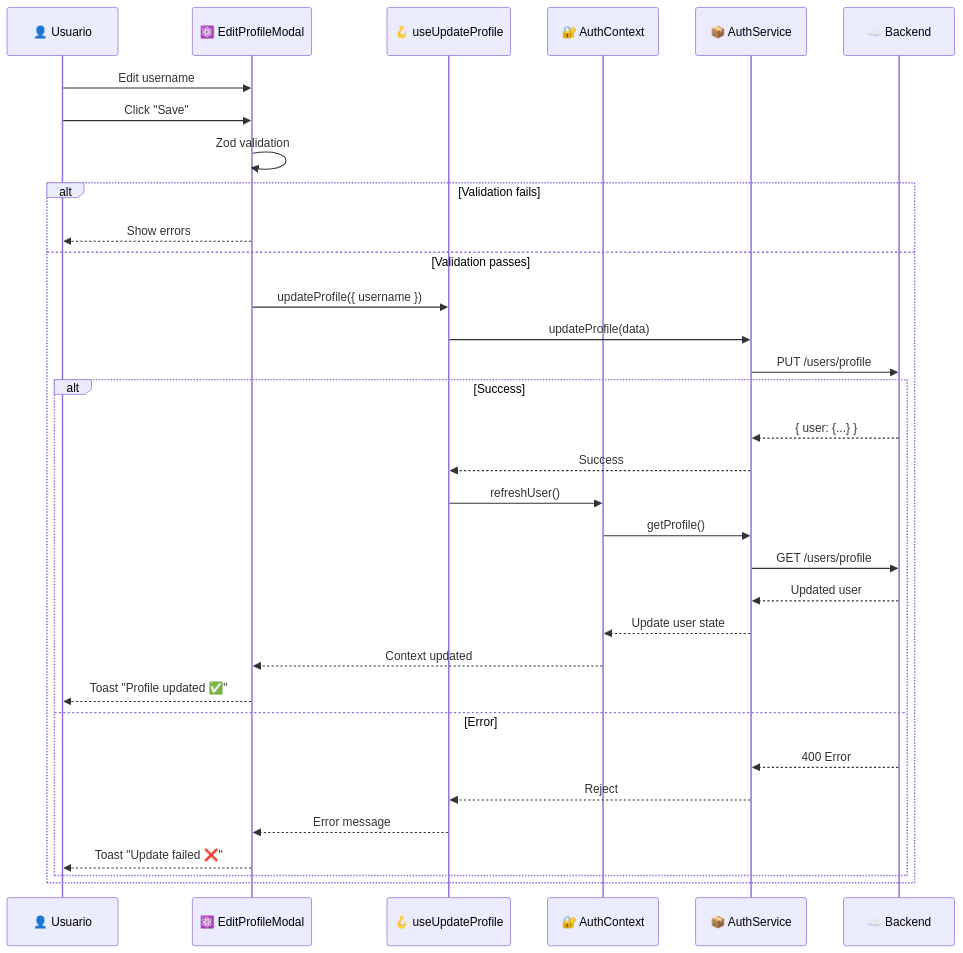
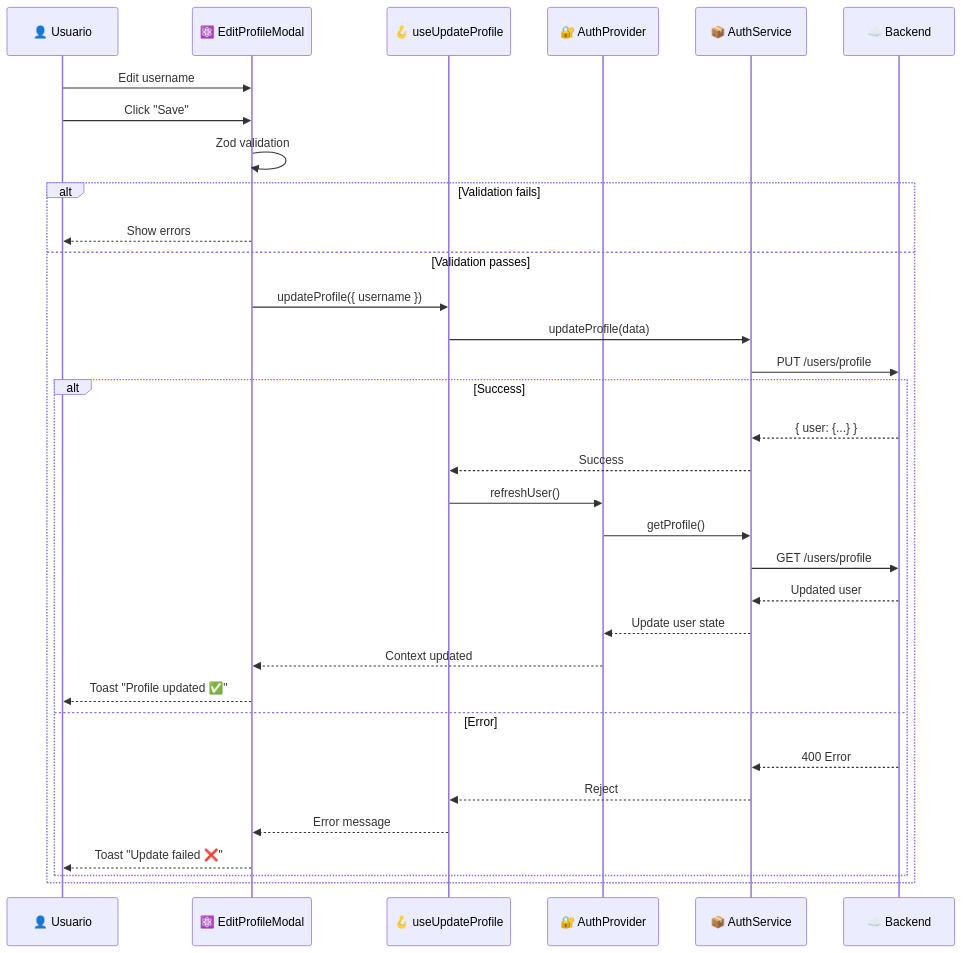
Before and after one commit to 3FactorLab/game_manager_front: diagram 15 of 15 in docs/architecture-front.md, drawn with Mermaid. The commit also changed other lines of this file and 31 other files, not shown here.

````diff
--- a/docs/architecture-front.md
+++ b/docs/architecture-front.md
@@ -805,38 +851,38 @@
 ```mermaid
 sequenceDiagram
     participant User as 👤 Usuario
     participant Modal as ⚛️ EditProfileModal
     participant Hook as 🪝 useUpdateProfile
-    participant Auth as 🔐 AuthContext
+    participant Auth as 🔐 AuthProvider
     participant Service as 📦 AuthService
     participant Backend as ☁️ Backend
 
     User->>Modal: Edit username
     User->>Modal: Click "Save"
 
     Modal->>Modal: Zod validation
     alt Validation fails
         Modal-->>User: Show errors
     else Validation passes
         Modal->>Hook: updateProfile({ username })
         Hook->>Service: updateProfile(data)
         Service->>Backend: PUT /users/profile
 
         alt Success
             Backend-->>Service: { user: {...} }
             Service-->>Hook: Success
             Hook->>Auth: refreshUser()
             Auth->>Service: getProfile()
             Service->>Backend: GET /users/profile
             Backend-->>Service: Updated user
             Service-->>Auth: Update user state
             Auth-->>Modal: Context updated
             Modal-->>User: Toast "Profile updated ✅"
         else Error
             Backend-->>Service: 400 Error
             Service-->>Hook: Reject
             Hook-->>Modal: Error message
             Modal-->>User: Toast "Update failed ❌"
         end
     end
 ```
````
